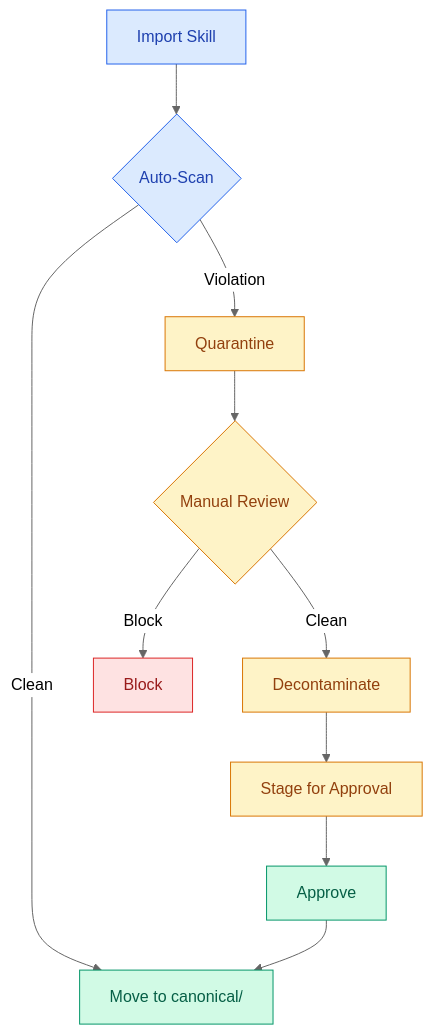
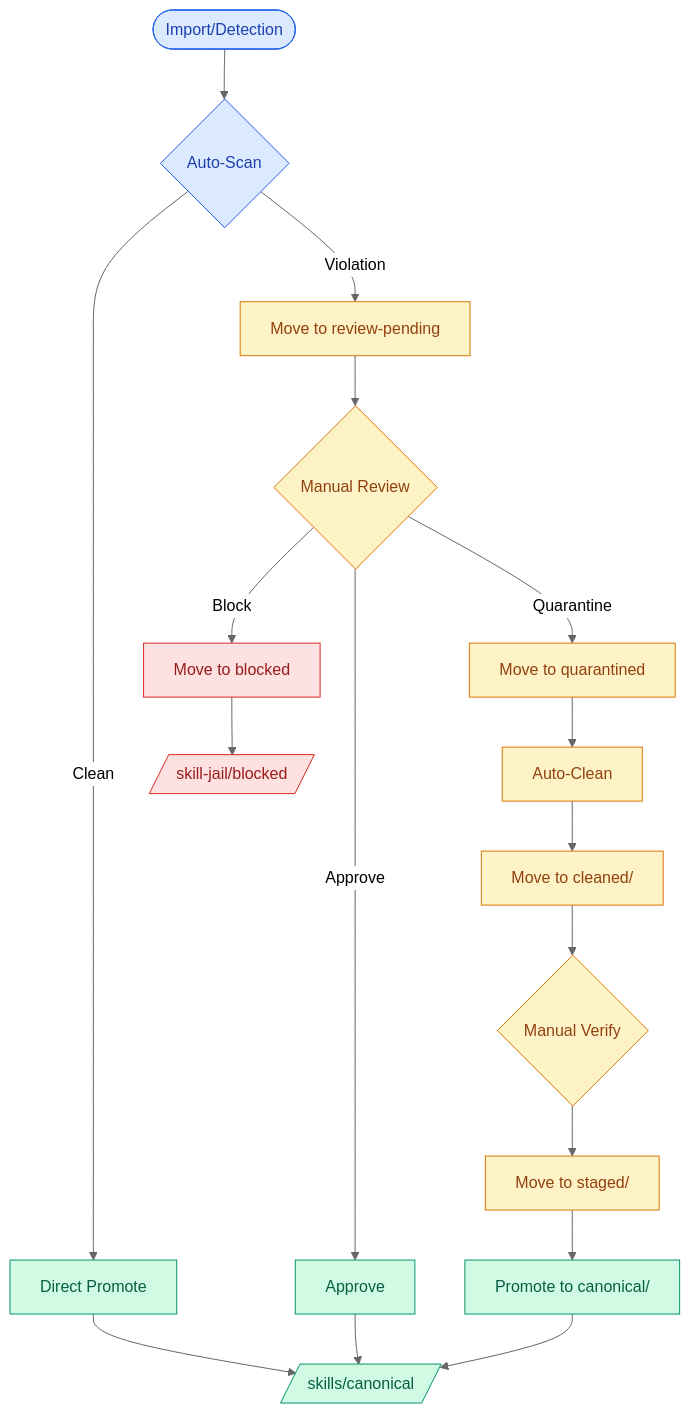
The fourth of 5 diagrams in README.md (SuperiorByteWorks-LLC/agent-project), drawn with Mermaid (neutral theme) before and after one commit. The commit also changed other lines of this file, not shown here.

First line of the commit message:
docs: comprehensive project README with Agent OS, SOUL, skills, prompts

````diff
--- a/README.md
+++ b/README.md
@@ -162,35 +171,51 @@
 ```mermaid
 flowchart TD
-    accTitle: Skill Jail Workflow
-    accDescr: Shows how skills flow through quarantine, cleanup, and approval
+    accTitle: Jail System Workflow
+    accDescr: Automatic quarantine, decontamination, and approval workflow for skills and prompts
 
-    Import[Import Skill]
+    Import([Import/Detection])
     Scan{Auto-Scan}
-    Clean[Move to canonical/]
-    Quarantine[Quarantine]
+    Clean[Direct Promote]
+    Violation[Move to review-pending]
     Review{Manual Review}
-    Decontaminate[Decontaminate]
-    Stage[Stage for Approval]
     Approve[Approve]
-    Block[Block]
+    Quarantine[Move to quarantined]
+    Block[Move to blocked]
+    AutoClean[Auto-Clean]
+    Cleaned[Move to cleaned/]
+    Verify{Manual Verify}
+    Staged[Move to staged/]
+    Promote[Promote to canonical/]
 
     Import --> Scan
     Scan -->|Clean| Clean
-    Scan -->|Violation| Quarantine
-    Quarantine --> Review
-    Review -->|Clean| Decontaminate
+    Scan -->|Violation| Violation
+    
+    Clean --> Canonical[/skills/canonical/]
+    Violation --> Review
+    
+    Review -->|Approve| Approve
+    Review -->|Quarantine| Quarantine
     Review -->|Block| Block
-    Decontaminate --> Stage
-    Stage --> Approve
-    Approve --> Clean
+    
+    Approve --> Canonical
+    Block --> BlockedBlocked[/skill-jail/blocked/]
+    
+    Quarantine --> AutoClean
+    AutoClean --> Cleaned
+    Cleaned --> Verify
+    Verify --> Staged
+    Staged --> Promote
+    Promote --> Canonical
 
     classDef clean fill:#d1fae5,stroke:#059669,color:#065f46
     classDef quarantine fill:#fef3c7,stroke:#d97706,color:#92400e
     classDef block fill:#fee2e2,stroke:#dc2626,color:#991b1b
     classDef process fill:#dbeafe,stroke:#2563eb,color:#1e40af
+    classDef terminal fill:#f3f4f6,stroke:#6b7280,color:#1f2937
 
-    class Clean,Approve clean
-    class Quarantine,Decontaminate,Stage,Review quarantine
-    class Block block
+    class Clean,Approve,Promote,Canonical clean
+    class Violation,Review,Quarantine,AutoClean,Cleaned,Verify,Staged quarantine
+    class Block,BlockedBlocked block
     class Import,Scan process
 ```
````
